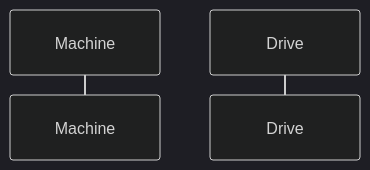
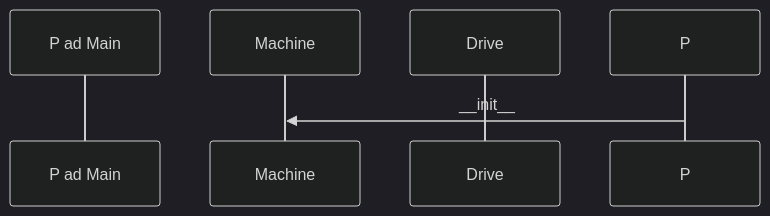
The diagram in laskarit/viikko3/sekvenssikaavio.md (phuvio/ot-harjoitustyo), drawn with Mermaid (dark theme) before and after one commit.

````diff
--- a/laskarit/viikko3/sekvenssikaavio.md
+++ b/laskarit/viikko3/sekvenssikaavio.md
@@ -3,6 +3,8 @@
 ```mermaid
  sequenceDiagram
+   participant P ad Main
    participant M as Machine
    participant D as Drive
+   P->>M: __init__
    
 ```
````
